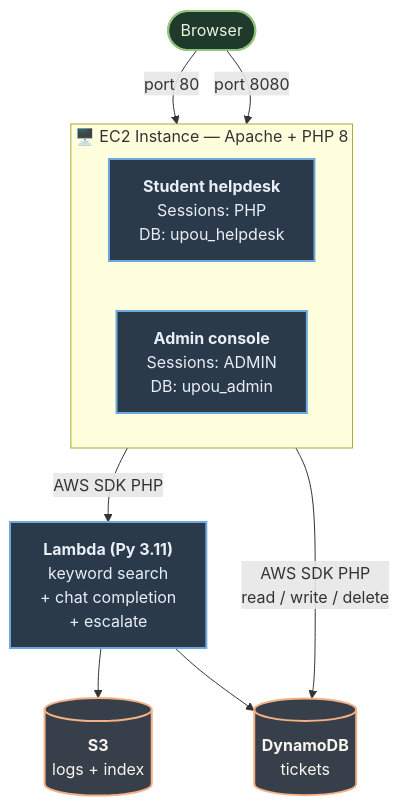
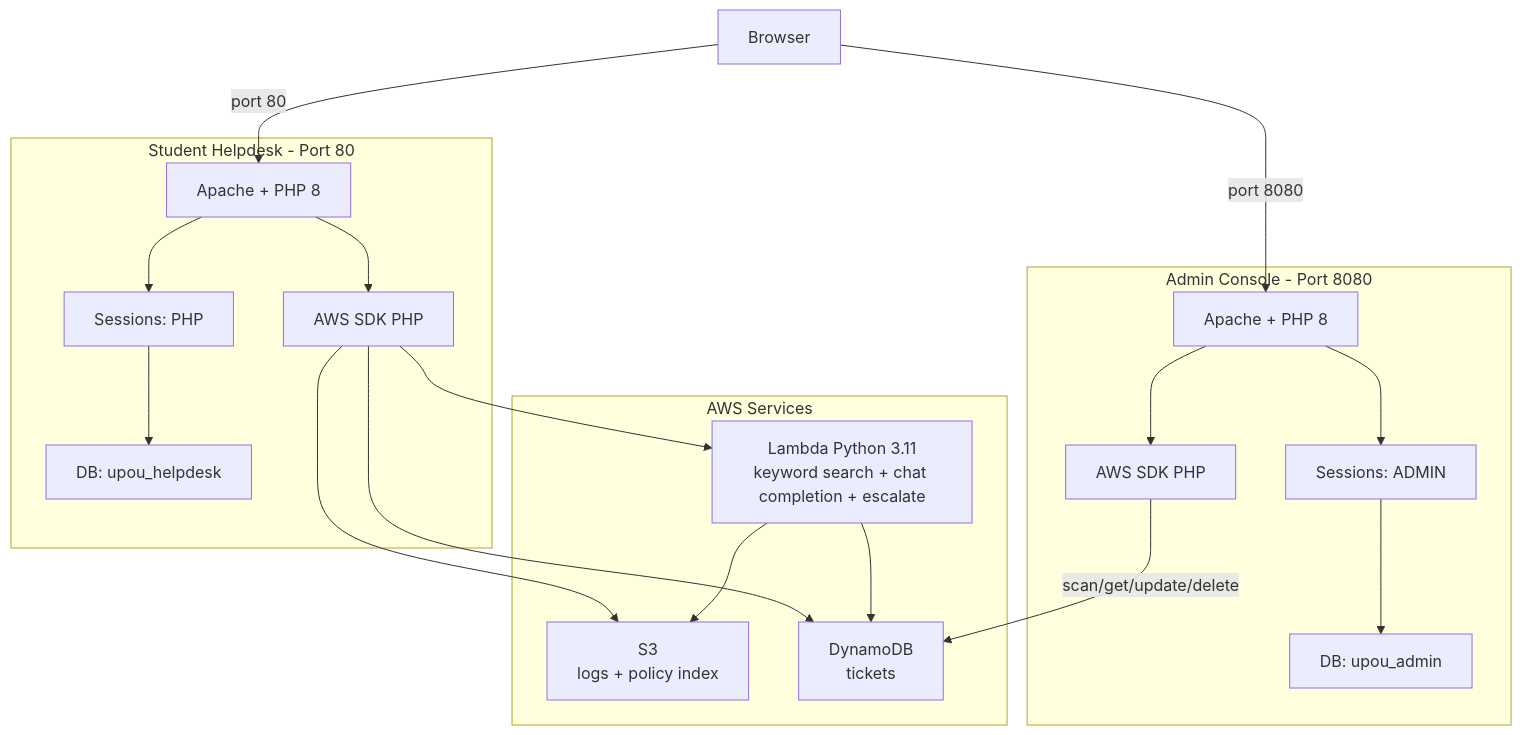
Before and after one commit to abalmalvez-lab/upou-helpdesk_v1: the diagram in Documentations/DEPLOYMENT-LONG.md, drawn with Mermaid. The commit also changed other lines of this file and 15 other files, not shown here.

````diff
--- a/Documentations/DEPLOYMENT-LONG.md
+++ b/Documentations/DEPLOYMENT-LONG.md
@@ -29,32 +30,42 @@
 ```mermaid
-flowchart TD
-    Browser([Browser])
+graph TD
+    Browser[Browser]
 
-    subgraph EC2 ["🖥️ EC2 Instance — Apache + PHP 8"]
-        direction LR
-        Student["<b>Student helpdesk</b><br/>Sessions: PHP<br/>DB: upou_helpdesk"]
-        Admin["<b>Admin console</b><br/>Sessions: ADMIN<br/>DB: upou_admin"]
+    subgraph Student_App["Student Helpdesk - Port 80"]
+        StudentApache[Apache + PHP 8]
+        StudentSessions[Sessions: PHP]
+        StudentDB[DB: upou_helpdesk]
+        StudentSDK[AWS SDK PHP]
     end
 
-    Lambda["<b>Lambda (Py 3.11)</b><br/>keyword search<br/>+ chat completion<br/>+ escalate"]
+    subgraph Admin_App["Admin Console - Port 8080"]
+        AdminApache[Apache + PHP 8]
+        AdminSessions[Sessions: ADMIN]
+        AdminDB[DB: upou_admin]
+        AdminSDK[AWS SDK PHP]
+    end
 
-    S3[("<b>S3</b><br/>logs + index")]
-    DDB[("<b>DynamoDB</b><br/>tickets")]
+    subgraph AWS_Services["AWS Services"]
+        Lambda[Lambda Python 3.11<br/>keyword search + chat completion + escalate]
+        S3[S3<br/>logs + policy index]
+        DynamoDB[DynamoDB<br/>tickets]
+    end
 
-    Browser -- "port 80" --> Student
-    Browser -- "port 8080" --> Admin
+    Browser -->|port 80| StudentApache
+    Browser -->|port 8080| AdminApache
 
-    Student -- "AWS SDK PHP" --> Lambda
-    Admin -- "AWS SDK PHP<br/>read / write / delete" --> DDB
+    StudentApache --> StudentSessions
+    StudentSessions --> StudentDB
+    StudentApache --> StudentSDK
+    StudentSDK --> Lambda
+    StudentSDK --> S3
+    StudentSDK --> DynamoDB
+
+    AdminApache --> AdminSessions
+    AdminSessions --> AdminDB
+    AdminApache --> AdminSDK
+    AdminSDK -->|scan/get/update/delete| DynamoDB
 
     Lambda --> S3
-    Lambda --> DDB
-
-    classDef svc  fill:#2b3a4a,stroke:#6fa8dc,color:#e8eef7,stroke-width:2px
-    classDef db   fill:#37404a,stroke:#f4b183,color:#f8f4ee,stroke-width:2px
-    classDef user fill:#1f3a2a,stroke:#93c47d,color:#eaf4e1,stroke-width:2px
-
-    class Student,Admin,Lambda svc
-    class S3,DDB db
-    class Browser user
+    Lambda --> DynamoDB
 ```
````
